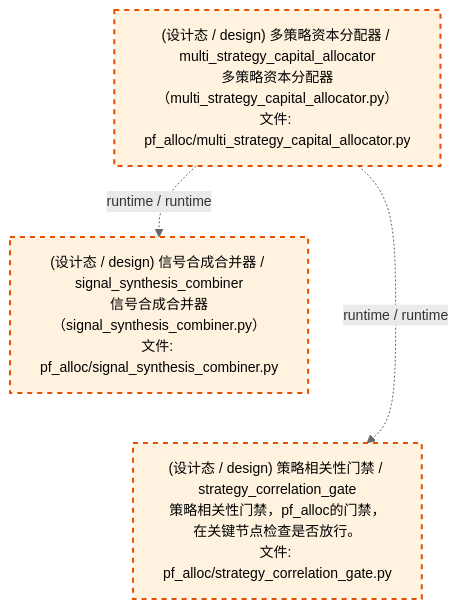
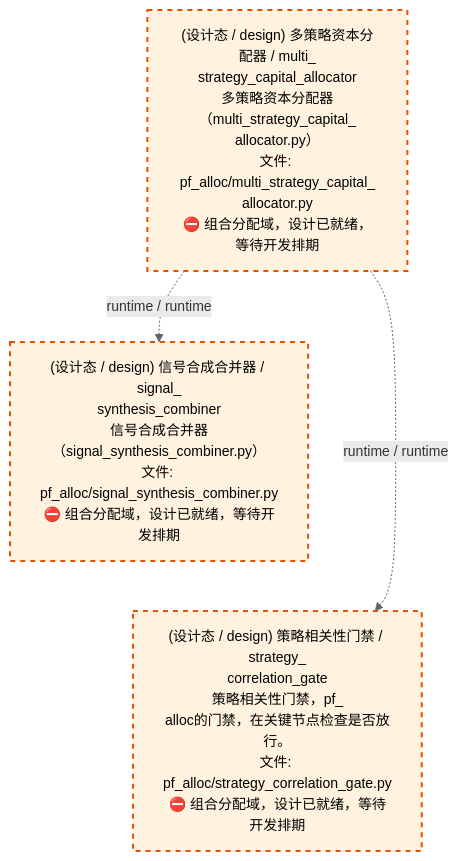
The third of 4 diagrams in docs/02_enterprise_architecture/02_domain_architecture_docs/62_d_pf_alloc.md (xuanFelixVan/ZephyrAlpha), drawn with Mermaid before and after one commit. The commit also changed other lines of this file and 5 other files, not shown here.

````diff
--- a/docs/02_enterprise_architecture/02_domain_architecture_docs/62_d_pf_alloc.md
+++ b/docs/02_enterprise_architecture/02_domain_architecture_docs/62_d_pf_alloc.md
@@ -105,15 +105,15 @@
 ```mermaid
 %%{init: {'theme': 'base', 'themeVariables': {'primaryColor': '#eaeaea', 'primaryTextColor': '#333333', 'primaryBorderColor': '#666666', 'lineColor': '#666666', 'secondaryColor': '#eaeaea', 'tertiaryColor': '#eaeaea', 'fontSize': '14px'}}}%%
 flowchart TD
-    src_zephyr_pf_alloc_multi_strategy_capital_allocator_py["(设计态 / design) 多策略资本分配器 / multi_strategy_capital_allocator<br/>多策略资本分配器（multi_strategy_capital_allocator.py）<br/>文件: pf_alloc/multi_strategy_capital_allocator.py"]
-    src_zephyr_pf_alloc_signal_synthesis_combiner_py["(设计态 / design) 信号合成合并器 / signal_synthesis_combiner<br/>信号合成合并器（signal_synthesis_combiner.py）<br/>文件: pf_alloc/signal_synthesis_combiner.py"]
-    src_zephyr_pf_alloc_strategy_correlation_gate_py["(设计态 / design) 策略相关性门禁 / strategy_correlation_gate<br/>策略相关性门禁，pf_alloc的门禁，在关键节点检查是否放行。<br/>文件: pf_alloc/strategy_correlation_gate.py"]
+    src_zephyr_pf_alloc_multi_strategy_capital_allocator_py["(设计态 / design) 多策略资本分配器 / multi_<br/>strategy_capital_allocator<br/>多策略资本分配器（multi_strategy_capital_<br/>allocator.py）<br/>文件: pf_alloc/multi_strategy_capital_<br/>allocator.py<br/>⛔ 组合分配域，设计已就绪，等待开发排期"]
+    src_zephyr_pf_alloc_signal_synthesis_combiner_py["(设计态 / design) 信号合成合并器 / signal_<br/>synthesis_combiner<br/>信号合成合并器（signal_synthesis_combiner.py）<br/>文件: pf_alloc/signal_synthesis_combiner.py<br/>⛔ 组合分配域，设计已就绪，等待开发排期"]
+    src_zephyr_pf_alloc_strategy_correlation_gate_py["(设计态 / design) 策略相关性门禁 / strategy_<br/>correlation_gate<br/>策略相关性门禁，pf_<br/>alloc的门禁，在关键节点检查是否放行。<br/>文件: pf_alloc/strategy_correlation_gate.py<br/>⛔ 组合分配域，设计已就绪，等待开发排期"]
     src_zephyr_pf_alloc_signal_synthesis_combiner_py ~~~ src_zephyr_pf_alloc_strategy_correlation_gate_py
     src_zephyr_pf_alloc_multi_strategy_capital_allocator_py -.->|runtime / runtime| src_zephyr_pf_alloc_signal_synthesis_combiner_py
     src_zephyr_pf_alloc_multi_strategy_capital_allocator_py -.->|runtime / runtime| src_zephyr_pf_alloc_strategy_correlation_gate_py
     classDef production fill:#e1f5fe,stroke:#01579b,stroke-width:2px,color:#000
     classDef design fill:#fff3e0,stroke:#e65100,stroke-width:2px,color:#000,stroke-dasharray: 5 5
     classDef external_prod fill:#e8f4fd,stroke:#0277bd,stroke-width:1px,color:#000
     classDef external_design fill:#fff8e7,stroke:#ef6c00,stroke-width:1px,color:#000,stroke-dasharray: 5 5
     class src_zephyr_pf_alloc_multi_strategy_capital_allocator_py,src_zephyr_pf_alloc_signal_synthesis_combiner_py,src_zephyr_pf_alloc_strategy_correlation_gate_py design
 ```
````
